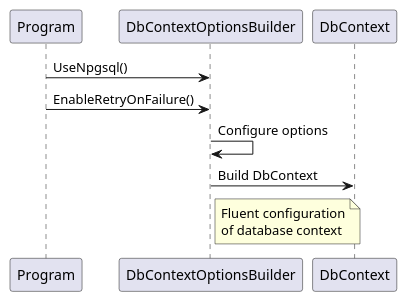
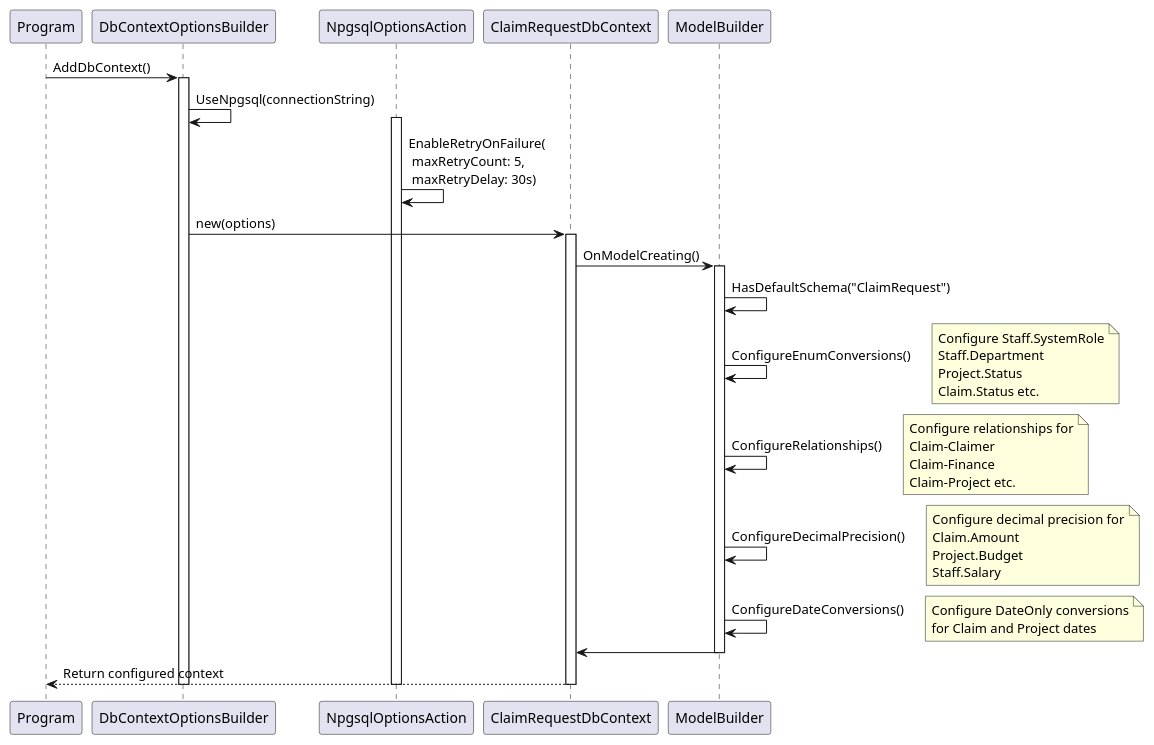
Before and after one commit to the-khiem7/ClaimRequestSystem.ASPNET: the third of 5 diagrams in README.md, drawn with PlantUML. The commit also changed other lines of this file and 3 other files, not shown here.

````diff
--- a/README.md
+++ b/README.md
@@ -208,13 +261,44 @@
 ```plantuml
 @startuml
 participant Program
 participant DbContextOptionsBuilder
-participant DbContext
+participant NpgsqlOptionsAction
+participant ClaimRequestDbContext
+participant ModelBuilder
 
-Program -> DbContextOptionsBuilder : UseNpgsql()
-Program -> DbContextOptionsBuilder : EnableRetryOnFailure()
-DbContextOptionsBuilder -> DbContextOptionsBuilder : Configure options
-DbContextOptionsBuilder -> DbContext : Build DbContext
-note right of DbContextOptionsBuilder : Fluent configuration\nof database context
+Program -> DbContextOptionsBuilder : AddDbContext()
+activate DbContextOptionsBuilder
+
+DbContextOptionsBuilder -> DbContextOptionsBuilder : UseNpgsql(connectionString)
+activate NpgsqlOptionsAction
+
+NpgsqlOptionsAction -> NpgsqlOptionsAction : EnableRetryOnFailure(\n maxRetryCount: 5,\n maxRetryDelay: 30s)
+
+DbContextOptionsBuilder -> ClaimRequestDbContext : new(options)
+activate ClaimRequestDbContext
+
+ClaimRequestDbContext -> ModelBuilder : OnModelCreating()
+activate ModelBuilder
+
+ModelBuilder -> ModelBuilder : HasDefaultSchema("ClaimRequest")
+ModelBuilder -> ModelBuilder : ConfigureEnumConversions()
+note right: Configure Staff.SystemRole\nStaff.Department\nProject.Status\nClaim.Status etc.
+
+ModelBuilder -> ModelBuilder : ConfigureRelationships()
+note right: Configure relationships for\nClaim-Claimer\nClaim-Finance\nClaim-Project etc.
+
+ModelBuilder -> ModelBuilder : ConfigureDecimalPrecision()
+note right: Configure decimal precision for\nClaim.Amount\nProject.Budget\nStaff.Salary
+
+ModelBuilder -> ModelBuilder : ConfigureDateConversions()
+note right: Configure DateOnly conversions\nfor Claim and Project dates
+
+ModelBuilder -> ClaimRequestDbContext
+deactivate ModelBuilder
+
+ClaimRequestDbContext --> Program : Return configured context
+deactivate ClaimRequestDbContext
+deactivate NpgsqlOptionsAction
+deactivate DbContextOptionsBuilder
 @enduml
 ```
````
